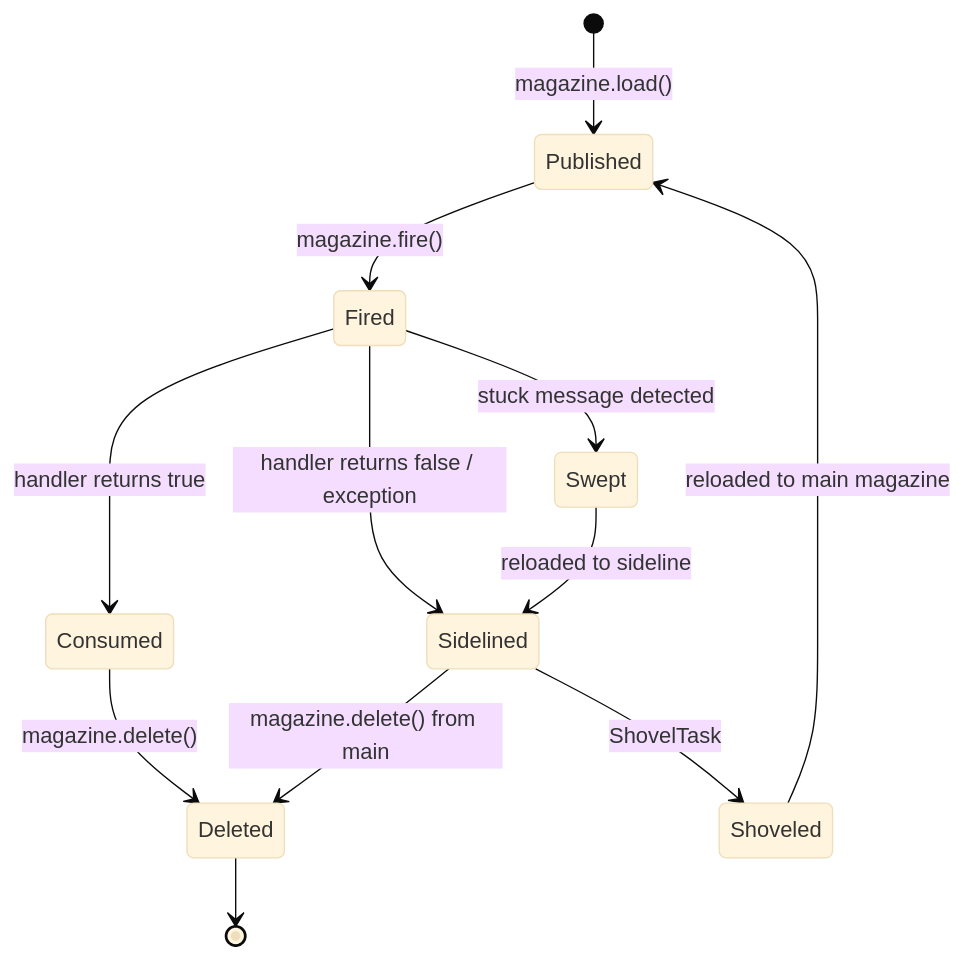
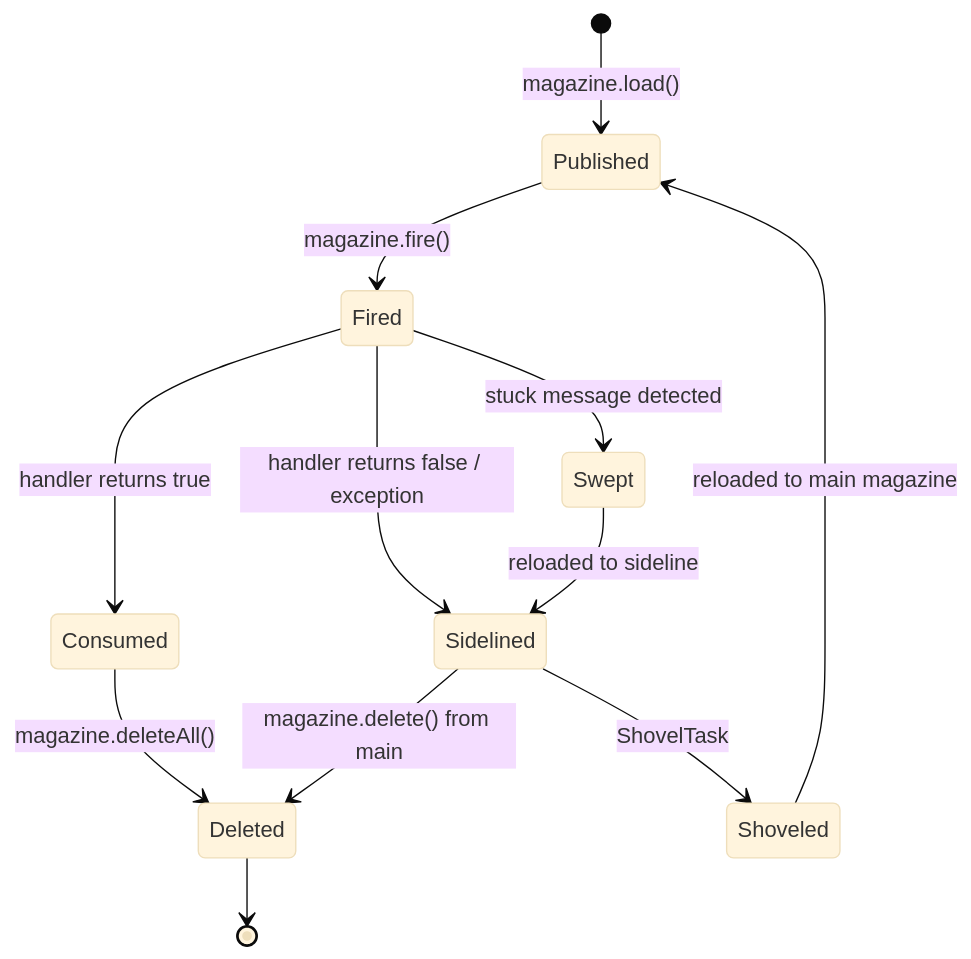
The first of 6 diagrams in docs/docs/core-concepts.md (PhonePe/IgnisMQ), drawn with Mermaid (base theme) before and after one commit. The commit also changed other lines of this file and 14 other files, not shown here.

Commit message:
Moved to magazine deleteAll + Refactoring

````diff
--- a/docs/docs/core-concepts.md
+++ b/docs/docs/core-concepts.md
@@ -11,14 +11,14 @@
 ```mermaid
 stateDiagram-v2
     [*] --> Published : magazine.load()
     Published --> Fired : magazine.fire()
     Fired --> Consumed : handler returns true
     Fired --> Sidelined : handler returns false / exception
-    Consumed --> Deleted : magazine.delete()
+    Consumed --> Deleted : magazine.deleteAll()
     Sidelined --> Deleted : magazine.delete() from main
     Sidelined --> Shoveled : ShovelTask
     Shoveled --> Published : reloaded to main magazine
     Fired --> Swept : stuck message detected
     Swept --> Sidelined : reloaded to sideline
     Deleted --> [*]
 ```
````
